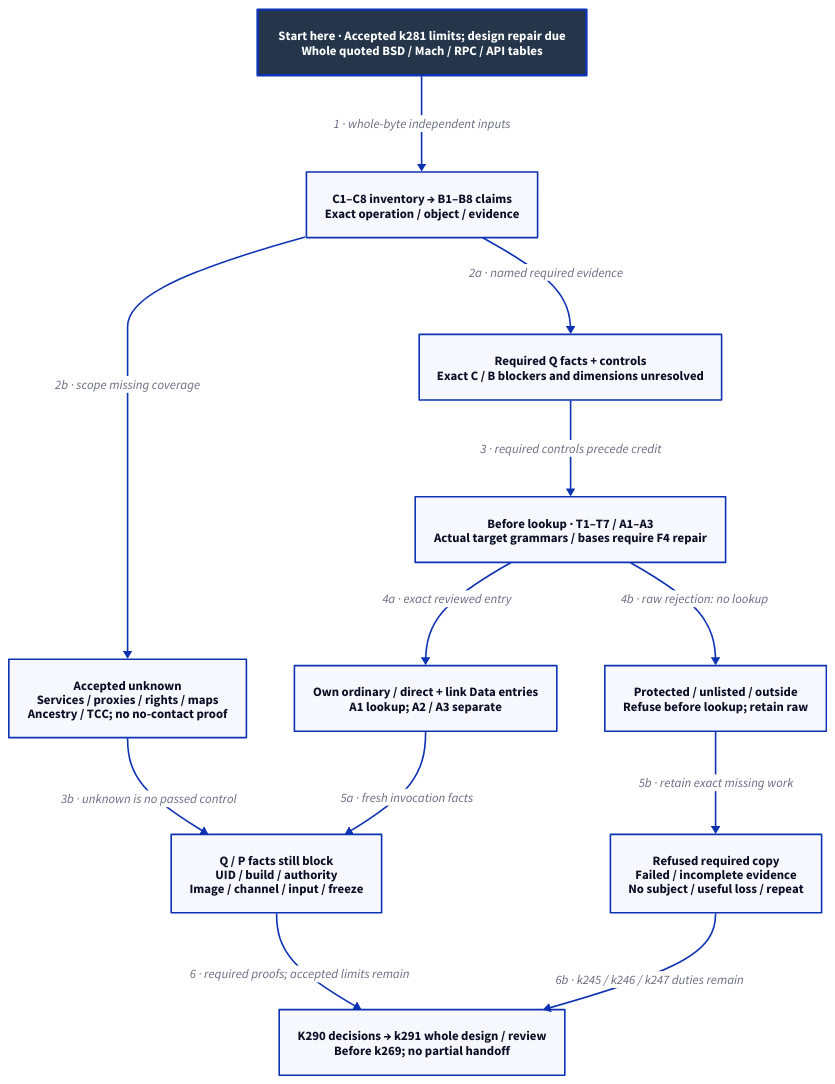
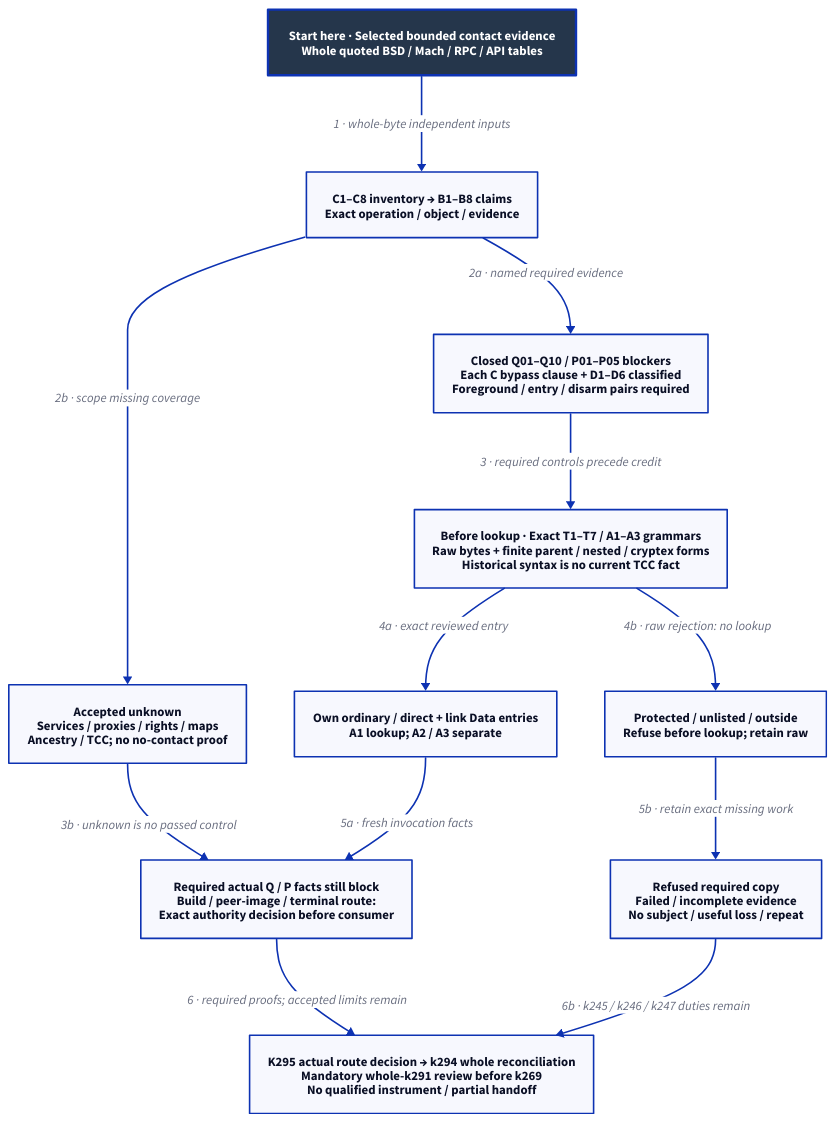
One commit to Linkuistics/Koine changed the diagram in docs/design/architecture/native-reference-contact.d2. Above: the diagram before and after it, drawn with D2. The commit also changed 19 other files, not shown here.

Commit message:
Define closed reference admission evidence (reference-evidence-closed-admission-evidence-k293)

```diff
--- a/docs/design/architecture/native-reference-contact.d2
+++ b/docs/design/architecture/native-reference-contact.d2
@@ -1,26 +1,26 @@
 # Selected bounded contact/pre-lookup design; no control or target evidence supplied.
 direction: down
 classes: {
   start: {style: {fill: "#25364B"; font-color: "#FFFFFF"; bold: true; stroke-width: 3}}
 }
-Start: "Start here · Accepted k281 limits; design repair due\nWhole quoted BSD / Mach / RPC / API tables" {class: start}
+Start: "Start here · Selected bounded contact evidence\nWhole quoted BSD / Mach / RPC / API tables" {class: start}
 Claims: "C1–C8 inventory → B1–B8 claims\nExact operation / object / evidence"
-Controls: "Required Q facts + controls\nExact C / B blockers and dimensions unresolved"
+Controls: "Closed Q01–Q10 / P01–P05 blockers\nEach C bypass clause + D1–D6 classified\nForeground / entry / disarm pairs required"
 Unknown: "Accepted unknown\nServices / proxies / rights / maps\nAncestry / TCC; no no-contact proof"
-Policy: "Before lookup · T1–T7 / A1–A3\nActual target grammars / bases require F4 repair"
+Policy: "Before lookup · Exact T1–T7 / A1–A3 grammars\nRaw bytes + finite parent / nested / cryptex forms\nHistorical syntax is no current TCC fact"
 Allowed: "Own ordinary / direct + link Data entries\nA1 lookup; A2 / A3 separate"
 Refuse: "Protected / unlisted / outside\nRefuse before lookup; retain raw"
-Gate: "Q / P facts still block\nUID / build / authority\nImage / channel / input / freeze"
+Gate: "Required actual Q / P facts still block\nBuild / peer-image / terminal route:\nExact authority decision before consumer"
 Failed: "Refused required copy\nFailed / incomplete evidence\nNo subject / useful loss / repeat"
-Whole: "K290 decisions → k291 whole design / review\nBefore k269; no partial handoff"
+Whole: "K295 actual route decision → k294 whole reconciliation\nMandatory whole-k291 review before k269\nNo qualified instrument / partial handoff"
 Start -> Claims: "1 · whole-byte independent inputs"
 Claims -> Controls: "2a · named required evidence"
 Claims -> Unknown: "2b · scope missing coverage"
 Controls -> Policy: "3 · required controls precede credit"
 Unknown -> Gate: "3b · unknown is no passed control"
 Policy -> Allowed: "4a · exact reviewed entry"
 Policy -> Refuse: "4b · raw rejection: no lookup"
 Allowed -> Gate: "5a · fresh invocation facts"
 Refuse -> Failed: "5b · retain exact missing work"
 Gate -> Whole: "6 · required proofs; accepted limits remain"
 Failed -> Whole: "6b · k245 / k246 / k247 duties remain"
```
